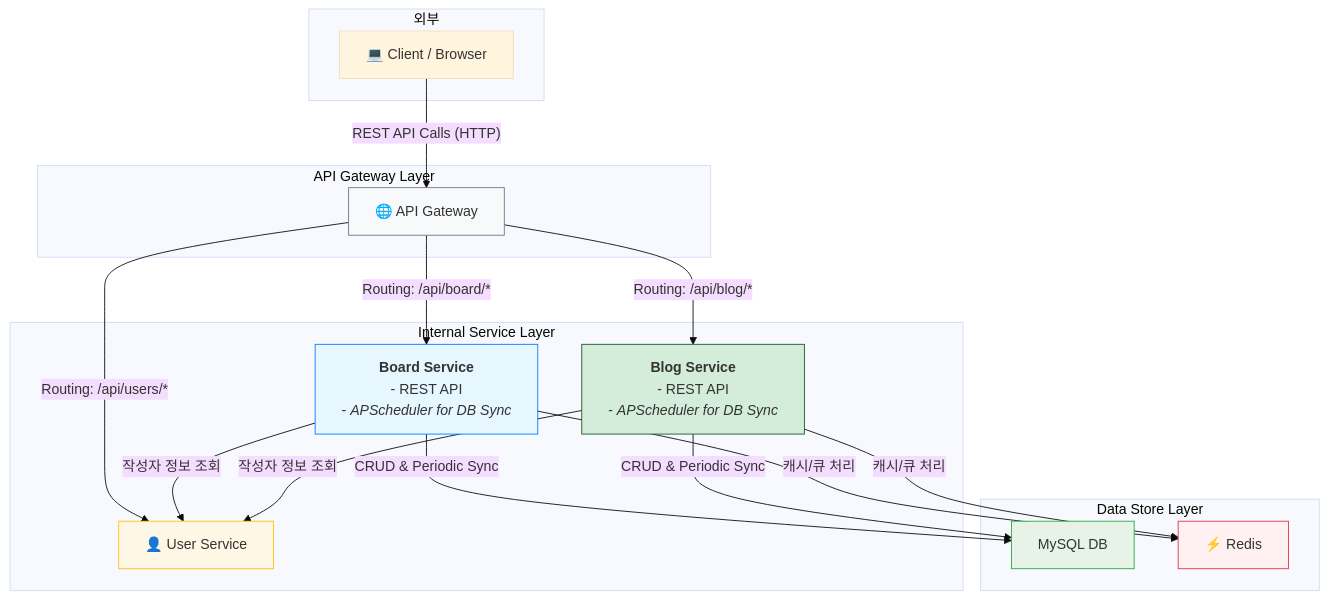
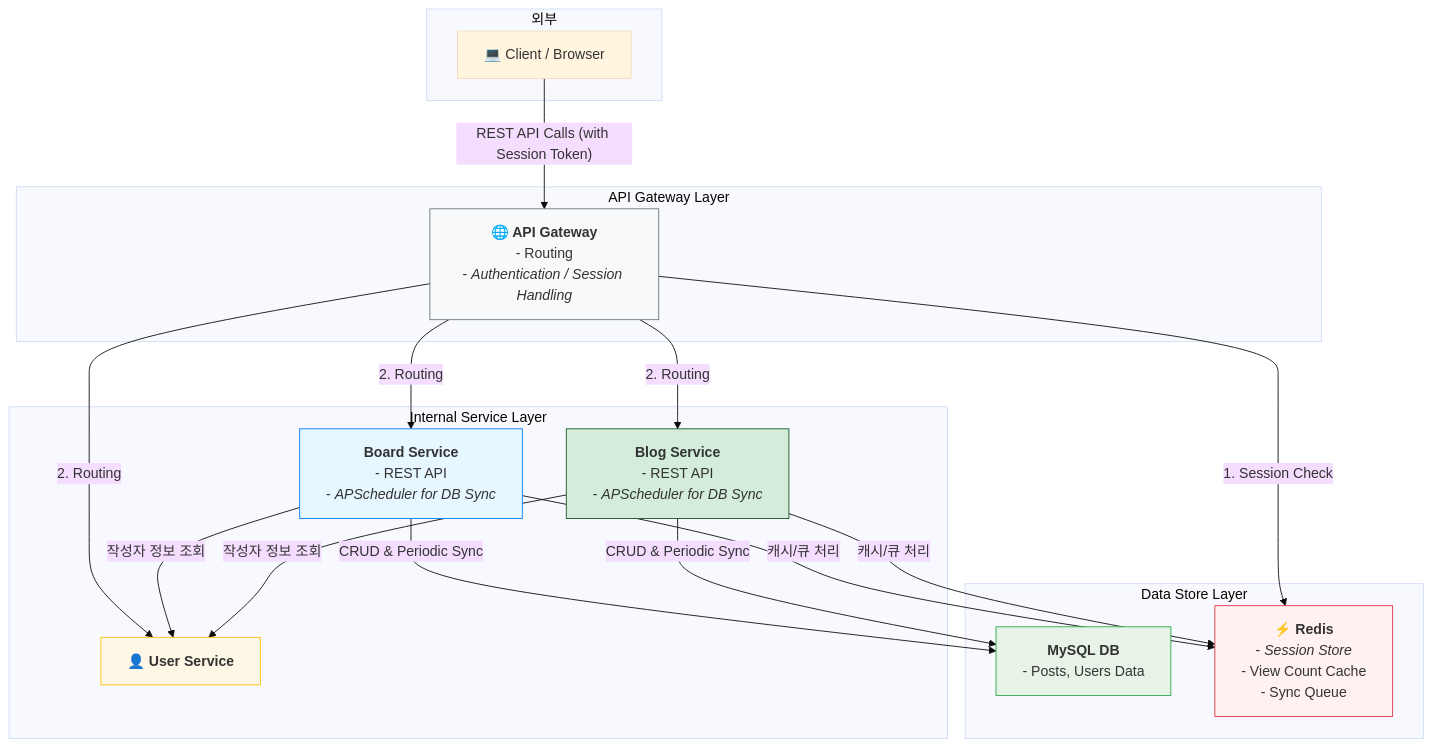
The diagram in README.md (bjsong-teach/project), drawn with Mermaid (base theme) before and after one commit.

````diff
--- a/README.md
+++ b/README.md
@@ -1,42 +1,43 @@
 ```mermaid
 graph TD
     subgraph "외부"
         Client[💻 Client / Browser]
     end
 
     subgraph "API Gateway Layer"
         style Gateway fill:#f8f9fa,stroke:#6c757d
-        Gateway["🌐 API Gateway"]
+        Gateway["<b>🌐 API Gateway</b><br/>- Routing<br/>- <i>Authentication / Session Handling</i>"]
     end
 
     subgraph "Internal Service Layer"
         style BoardService fill:#e6f7ff,stroke:#007bff
         style BlogService fill:#d4edda,stroke:#155724
         style UserService fill:#fff7e6,stroke:#ffc107
         BoardService["<b>Board Service</b><br/>- REST API<br/>- <i>APScheduler for DB Sync</i>"]
         BlogService["<b>Blog Service</b><br/>- REST API<br/>- <i>APScheduler for DB Sync</i>"]
-        UserService["👤 User Service"]
+        UserService["<b>👤 User Service</b>"]
     end
 
     subgraph "Data Store Layer"
         style DB fill:#e6f3e6,stroke:#28a745
         style Redis fill:#fff0f1,stroke:#dc3545
-        DB["MySQL DB"]
-        Redis["⚡ Redis"]
+        DB["<b>MySQL DB</b><br/>- Posts, Users Data"]
+        Redis["<b>⚡ Redis</b><br/>- <i>Session Store</i><br/>- View Count Cache<br/>- Sync Queue"]
     end
 
-    Client -- "REST API Calls (HTTP)" --> Gateway
+    Client -- "REST API Calls (with Session Token)" --> Gateway
 
-    Gateway -- "Routing: /api/board/*" --> BoardService
-    Gateway -- "Routing: /api/blog/*" --> BlogService
-    Gateway -- "Routing: /api/users/*" --> UserService
+    Gateway -- "1. Session Check" --> Redis
+    Gateway -- "2. Routing" --> BoardService
+    Gateway -- "2. Routing" --> BlogService
+    Gateway -- "2. Routing" --> UserService
     
     BoardService -- "작성자 정보 조회" --> UserService
     BlogService -- "작성자 정보 조회" --> UserService
 
     BoardService -- "CRUD & Periodic Sync" --> DB
     BlogService -- "CRUD & Periodic Sync" --> DB
 
     BoardService -- "캐시/큐 처리" --> Redis
     BlogService -- "캐시/큐 처리" --> Redis
 ```
````
